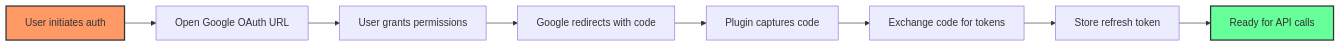
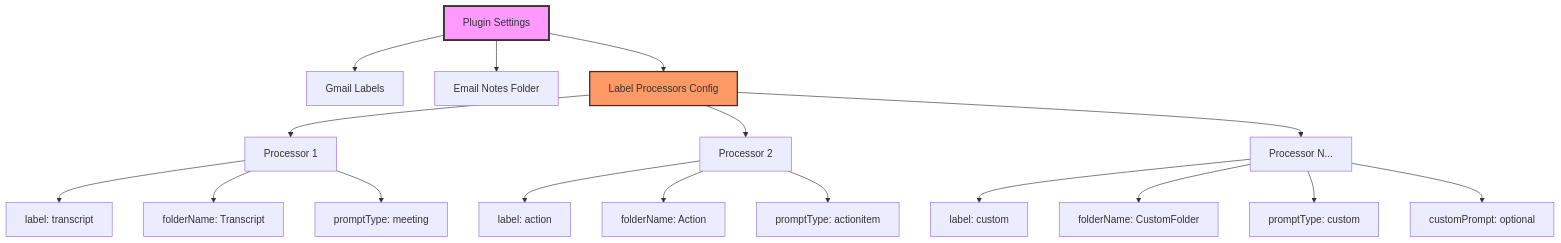
One commit to jimallen/TasksAgent changed the fourth of 7 diagrams in docs/system-architecture.md. Above: the diagram before and after it, drawn with Mermaid. The commit also changed other lines of this file and 14 other files, not shown here.

First line of the commit message:
feat: implement dynamic label processor architecture

````diff
--- a/docs/system-architecture.md
+++ b/docs/system-architecture.md
@@ -151,13 +216,26 @@
 ```mermaid
-graph LR
-    A[User initiates auth] --> B[Open Google OAuth URL]
-    B --> C[User grants permissions]
-    C --> D[Google redirects with code]
-    D --> E[Plugin captures code]
-    E --> F[Exchange code for tokens]
-    F --> G[Store refresh token]
-    G --> H[Ready for API calls]
+graph TD
+    A[Plugin Settings] --> B[Gmail Labels]
+    A --> C[Email Notes Folder]
+    A --> D[Label Processors Config]
 
-    style A fill:#f96,stroke:#333,stroke-width:2px
-    style H fill:#6f9,stroke:#333,stroke-width:2px
+    D --> E[Processor 1]
+    D --> F[Processor 2]
+    D --> G[Processor N...]
+
+    E --> H[label: transcript]
+    E --> I[folderName: Transcript]
+    E --> J[promptType: meeting]
+
+    F --> K[label: action]
+    F --> L[folderName: Action]
+    F --> M[promptType: actionitem]
+
+    G --> N[label: custom]
+    G --> O[folderName: CustomFolder]
+    G --> P[promptType: custom]
+    G --> Q[customPrompt: optional]
+
+    style A fill:#f9f,stroke:#333,stroke-width:3px
+    style D fill:#f96,stroke:#333,stroke-width:2px
 ```
````
